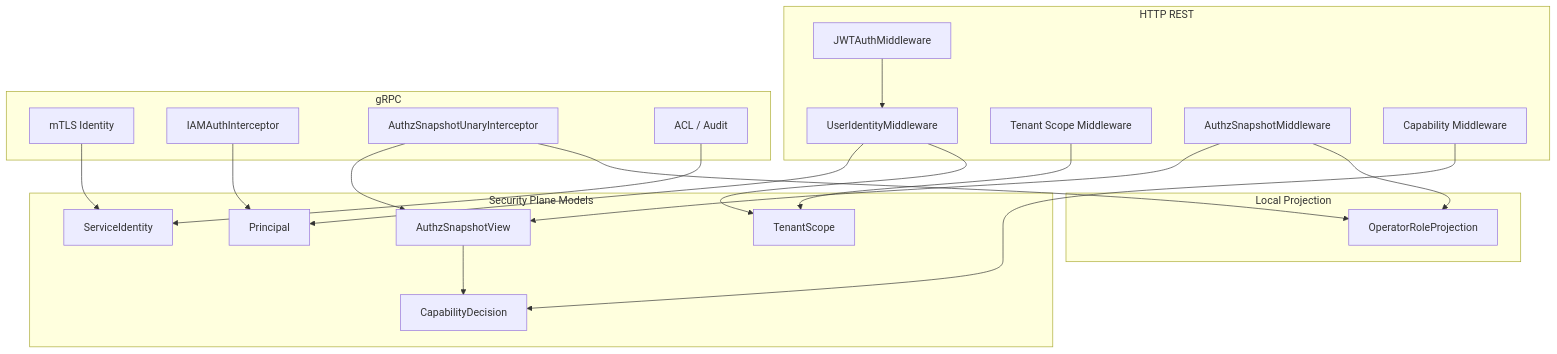
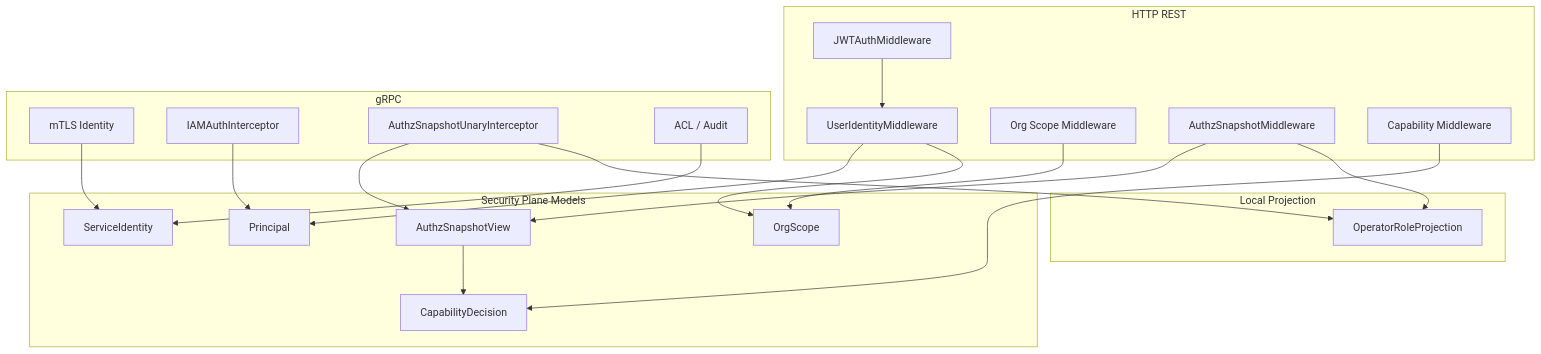
The diagram in docs/03-基础设施/security/README.md (FangcunMount/qs-server), drawn with Mermaid before and after one commit. The commit also changed other lines of this file and 30 other files, not shown here.

Commit message:
doc  security 文档语义迁移，将 组合、组织模型统一为 TenantDomain + OrgID / OrgScope 模型，清理运行时、接口运维、专题分析、宣讲文档里的旧 TenantScope、旧 middleware、numeric org 等残留说法。

````diff
--- a/docs/03-基础设施/security/README.md
+++ b/docs/03-基础设施/security/README.md
@@ -206,41 +217,41 @@
 ```mermaid
 flowchart TB
     subgraph HTTP["HTTP REST"]
         jwt["JWTAuthMiddleware"]
         identity["UserIdentityMiddleware"]
-        scope["Tenant Scope Middleware"]
+        scope["Org Scope Middleware"]
         snapshot["AuthzSnapshotMiddleware"]
         capability["Capability Middleware"]
     end
 
     subgraph GRPC["gRPC"]
         mtls["mTLS Identity"]
         iam["IAMAuthInterceptor"]
         grpcSnap["AuthzSnapshotUnaryInterceptor"]
         acl["ACL / Audit"]
     end
 
     subgraph Model["Security Plane Models"]
         principal["Principal"]
-        tenant["TenantScope"]
+        org["OrgScope"]
         authz["AuthzSnapshotView"]
         decision["CapabilityDecision"]
         service["ServiceIdentity"]
     end
 
     subgraph Local["Local Projection"]
         operator["OperatorRoleProjection"]
     end
 
     jwt --> identity --> principal
-    identity --> tenant
-    scope --> tenant
+    identity --> org
+    scope --> org
     snapshot --> authz --> decision
     capability --> decision
     mtls --> service
     iam --> principal
     grpcSnap --> authz
     acl --> service
     snapshot --> operator
     grpcSnap --> operator
 ```
````
